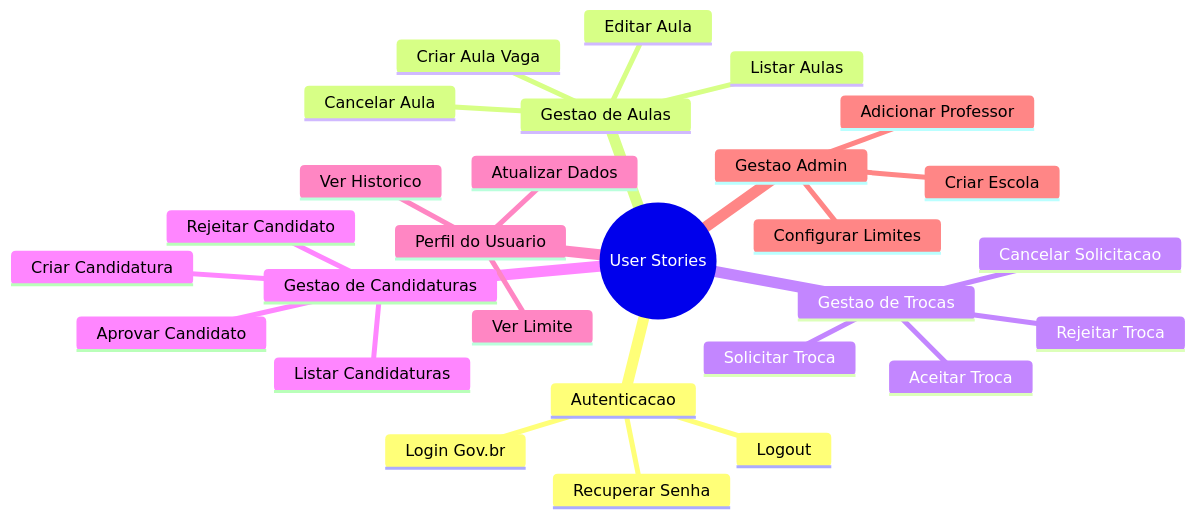
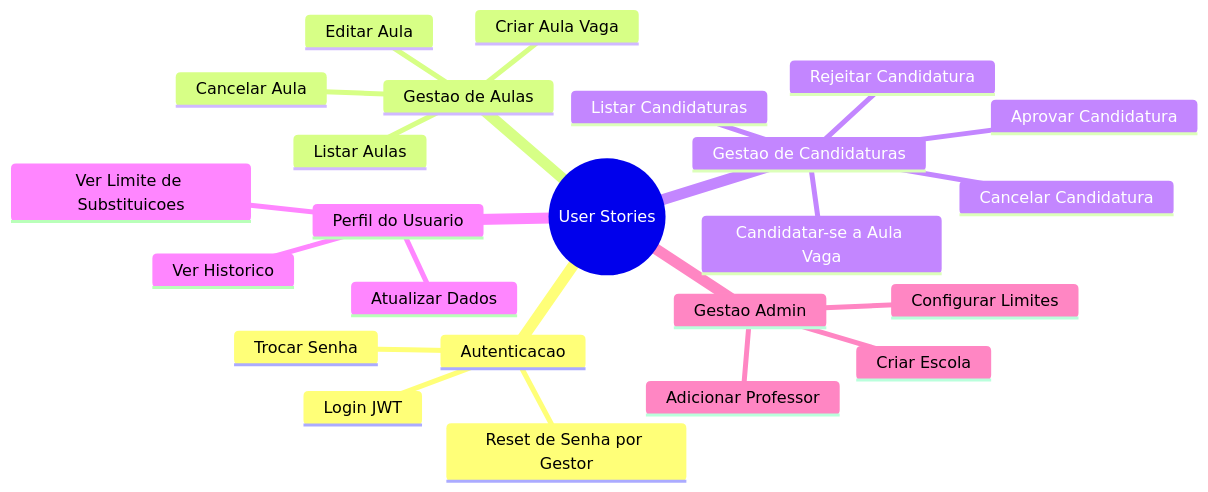
Before and after one commit to TROCA-AULA/troca-aula-backend: the first of 2 diagrams in docs/05-user-stories.md, drawn with Mermaid. The commit also changed other lines of this file and 9 other files, not shown here.

````diff
--- a/docs/05-user-stories.md
+++ b/docs/05-user-stories.md
@@ -11,31 +23,27 @@
 ```mermaid
 mindmap
   root((User Stories))
     Autenticacao
-      Login Gov.br
-      Logout
-      Recuperar Senha
+      Login JWT
+      Trocar Senha
+      Reset de Senha por Gestor
     Gestao de Aulas
       Criar Aula Vaga
       Editar Aula
       Cancelar Aula
       Listar Aulas
-    Gestao de Trocas
-      Solicitar Troca
-      Aceitar Troca
-      Rejeitar Troca
-      Cancelar Solicitacao
     Gestao de Candidaturas
-      Criar Candidatura
+      Candidatar-se a Aula Vaga
+      Aprovar Candidatura
+      Rejeitar Candidatura
       Listar Candidaturas
-      Aprovar Candidato
-      Rejeitar Candidato
+      Cancelar Candidatura
     Perfil do Usuario
       Ver Historico
-      Ver Limite
+      Ver Limite de Substituicoes
       Atualizar Dados
     Gestao Admin
       Criar Escola
       Adicionar Professor
       Configurar Limites
 ```
````
